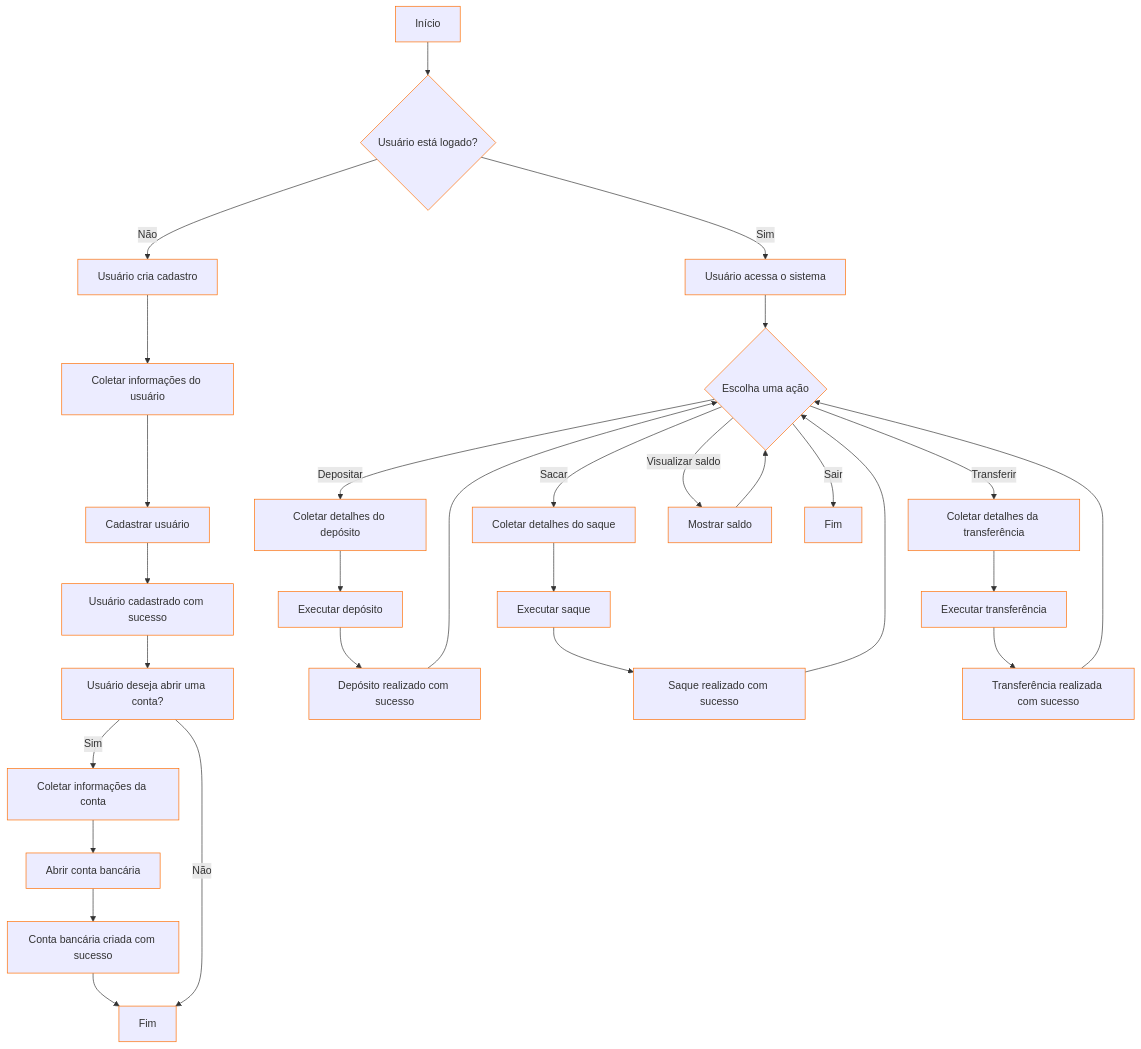
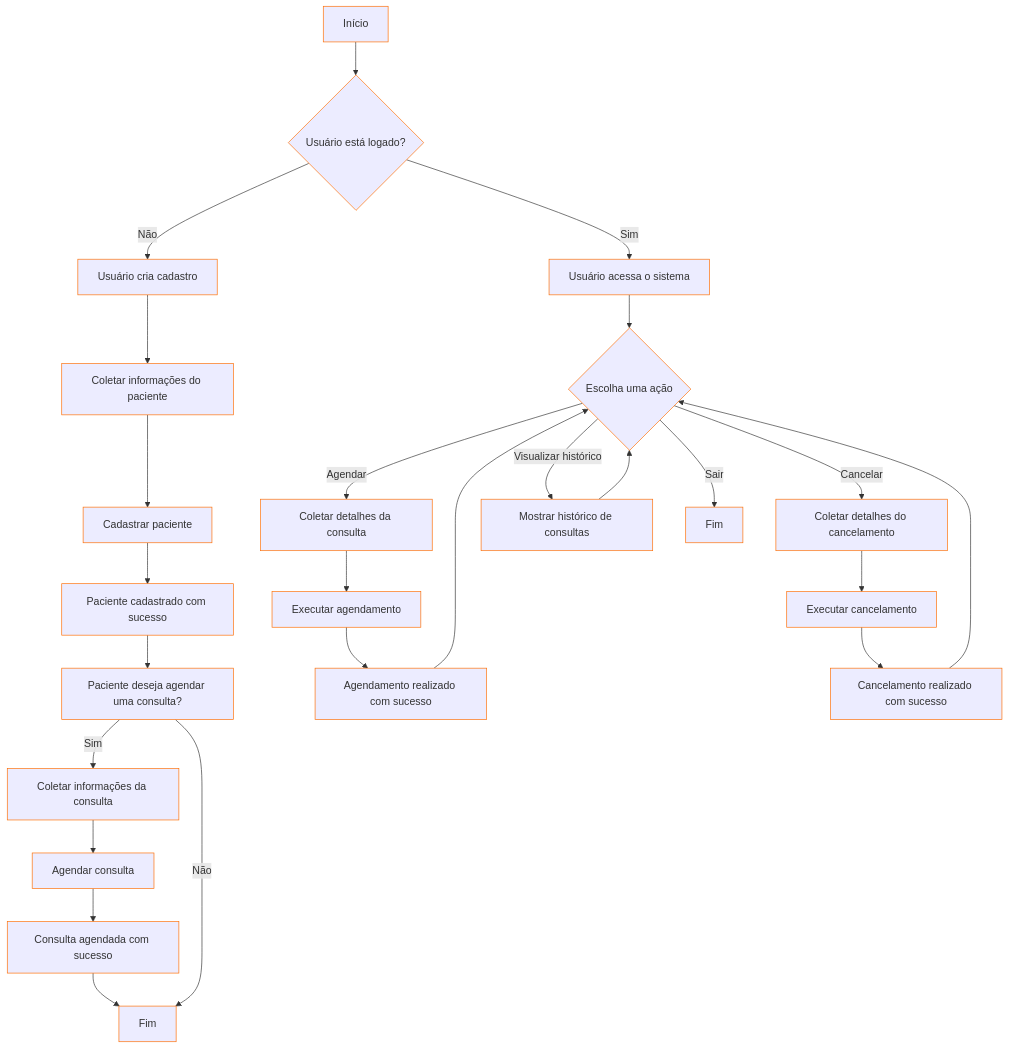
One commit to DaviEspinosa/JAVA_4SEM changed the second of 2 diagrams in somativa_java/README.md. Above: the diagram before and after it, drawn with Mermaid. The commit also changed other lines of this file, not shown here.

````diff
--- a/somativa_java/README.md
+++ b/somativa_java/README.md
@@ -98,57 +96,51 @@
 ```mermaid
 flowchart TD
     A["Início"] --> B{"Usuário está logado?"}
     B -- Não --> C["Usuário cria cadastro"]
-    C --> D["Coletar informações do usuário"]
-    D --> E["Cadastrar usuário"]
-    E --> F["Usuário cadastrado com sucesso"]
-    F --> G["Usuário deseja abrir uma conta?"]
-    G -- Sim --> H["Coletar informações da conta"]
-    H --> I["Abrir conta bancária"]
-    I --> J["Conta bancária criada com sucesso"]
+    C --> D["Coletar informações do paciente"]
+    D --> E["Cadastrar paciente"]
+    E --> F["Paciente cadastrado com sucesso"]
+    F --> G["Paciente deseja agendar uma consulta?"]
+    G -- Sim --> H["Coletar informações da consulta"]
+    H --> I["Agendar consulta"]
+    I --> J["Consulta agendada com sucesso"]
     J --> K["Fim"]
     B -- Sim --> L["Usuário acessa o sistema"]
     L --> M{"Escolha uma ação"}
-    M -- Depositar --> N["Coletar detalhes do depósito"]
-    N --> O["Executar depósito"]
-    O --> P["Depósito realizado com sucesso"]
+    M -- Agendar --> N["Coletar detalhes da consulta"]
+    N --> O["Executar agendamento"]
+    O --> P["Agendamento realizado com sucesso"]
     P --> M
-    M -- Sacar --> Q["Coletar detalhes do saque"]
-    Q --> R["Executar saque"]
-    R --> S["Saque realizado com sucesso"]
+    M -- Cancelar --> Q["Coletar detalhes do cancelamento"]
+    Q --> R["Executar cancelamento"]
+    R --> S["Cancelamento realizado com sucesso"]
     S --> M
-    M -- Transferir --> T["Coletar detalhes da transferência"]
-    T --> U["Executar transferência"]
-    U --> V["Transferência realizada com sucesso"]
-    V --> M
-    M -- Visualizar saldo --> W["Mostrar saldo"]
-    W --> M
-    M -- Sair --> X["Fim"]
+    M -- Visualizar histórico --> T["Mostrar histórico de consultas"]
+    T --> M
+    M -- Sair --> U["Fim"]
     G -- Não --> K
 
     style A stroke:#FF6D00
     style B stroke:#FF6D00
     style C stroke:#FF6D00
     style D stroke:#FF6D00
     style E stroke:#FF6D00
     style F stroke:#FF6D00
     style G stroke:#FF6D00
     style H stroke:#FF6D00
     style I stroke:#FF6D00
     style J stroke:#FF6D00
     style K stroke:#FF6D00
     style L stroke:#FF6D00
     style M stroke:#FF6D00
     style N stroke:#FF6D00
     style O stroke:#FF6D00
     style P stroke:#FF6D00
     style Q stroke:#FF6D00
     style R stroke:#FF6D00
     style S stroke:#FF6D00
     style T stroke:#FF6D00
     style U stroke:#FF6D00
-    style V stroke:#FF6D00
-    style W stroke:#FF6D00
-    style X stroke:#FF6D00
+
 
 ```
````
